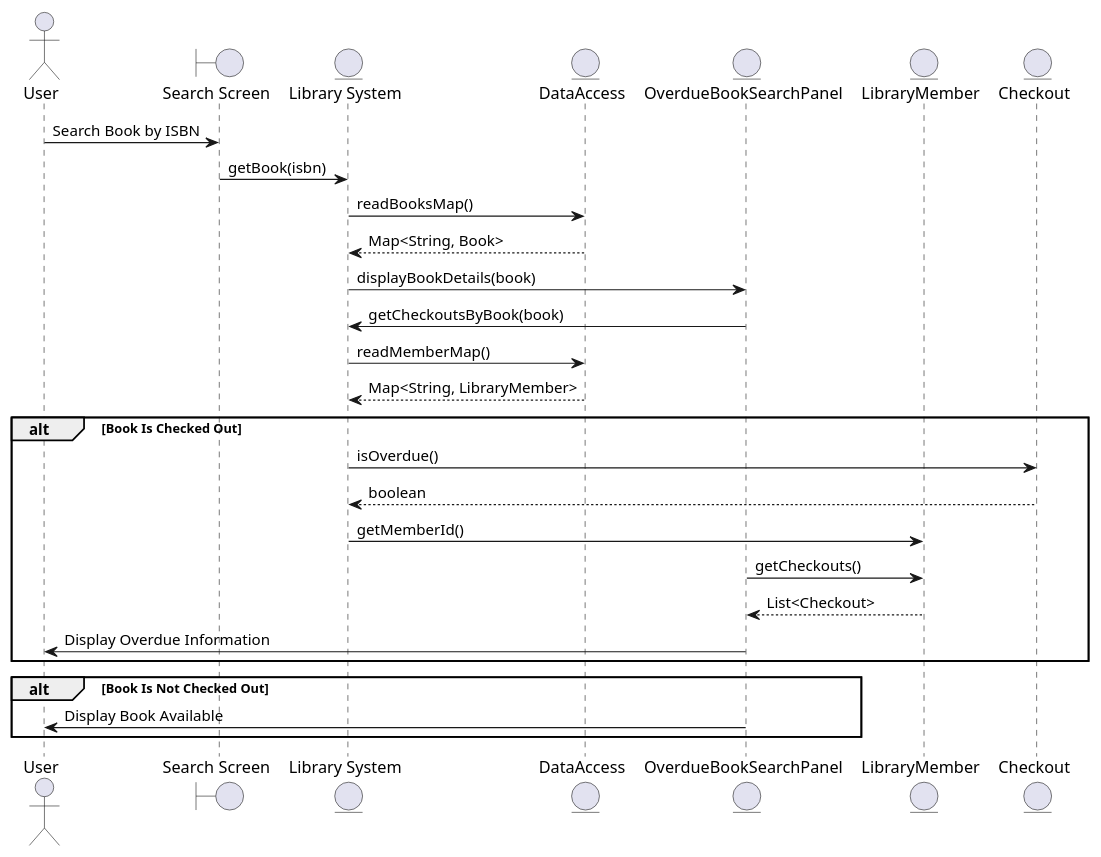
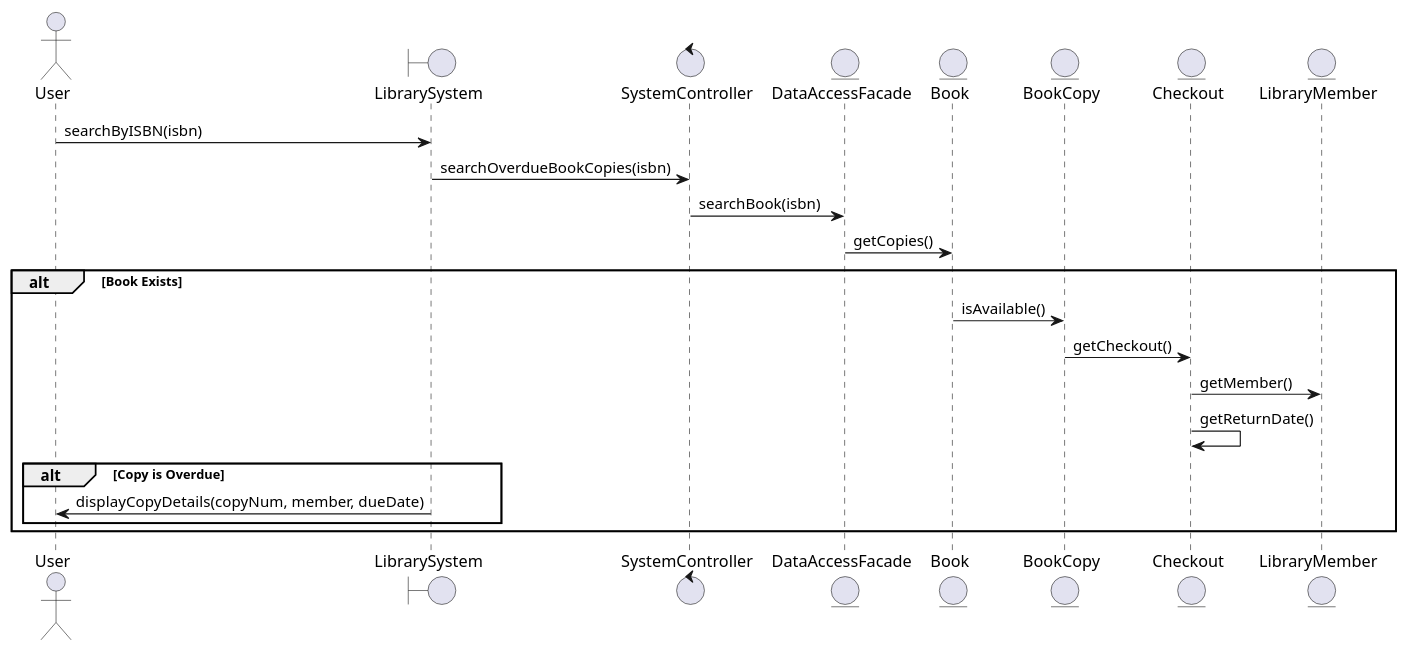
One commit to mohammed-almassri/LibraryGroupD changed the diagram in src/uml/seq3-opt.puml. Above: the diagram before and after it, drawn with PlantUML. The commit also changed 1 other file, not shown here.

```diff
--- a/src/uml/seq3-opt.puml
+++ b/src/uml/seq3-opt.puml
@@ -1,34 +1,30 @@
 @startuml
 
 actor User
 
-boundary "Search Screen" as searchScreen
-entity "Library System" as librarySystem
-entity "DataAccess" as dataAccess
-entity "OverdueBookSearchPanel" as overduePanel
-entity "LibraryMember" as libraryMember
-entity "Checkout" as checkout
+boundary "LibrarySystem" as ls
+control "SystemController" as sc
+entity "DataAccessFacade" as da
+entity "Book" as b
+entity "BookCopy" as bc
+entity "Checkout" as co
+entity "LibraryMember" as lm
 
-User -> searchScreen: Search Book by ISBN
-searchScreen -> librarySystem: getBook(isbn)
-librarySystem -> dataAccess: readBooksMap()
-dataAccess --> librarySystem: Map<String, Book>
-librarySystem -> overduePanel: displayBookDetails(book)
-overduePanel -> librarySystem: getCheckoutsByBook(book)
-librarySystem -> dataAccess: readMemberMap()
-dataAccess --> librarySystem: Map<String, LibraryMember>
+User -> ls: searchByISBN(isbn)
+ls -> sc: searchOverdueBookCopies(isbn)
 
-alt Book Is Checked Out
-    librarySystem -> checkout: isOverdue()
-    checkout --> librarySystem: boolean
-    librarySystem -> libraryMember: getMemberId()
-    overduePanel -> libraryMember: getCheckouts()
-    libraryMember --> overduePanel: List<Checkout>
-    overduePanel -> User: Display Overdue Information
-end
+sc -> da: searchBook(isbn)
+da -> b: getCopies()
 
-alt Book Is Not Checked Out
-    overduePanel -> User: Display Book Available
+alt Book Exists
+    b -> bc: isAvailable()
+    bc -> co: getCheckout()
+    co -> lm: getMember()
+    co -> co: getReturnDate()
+    
+    alt Copy is Overdue
+        ls -> User: displayCopyDetails(copyNum, member, dueDate)
+    end
 end
 
 @enduml
```
